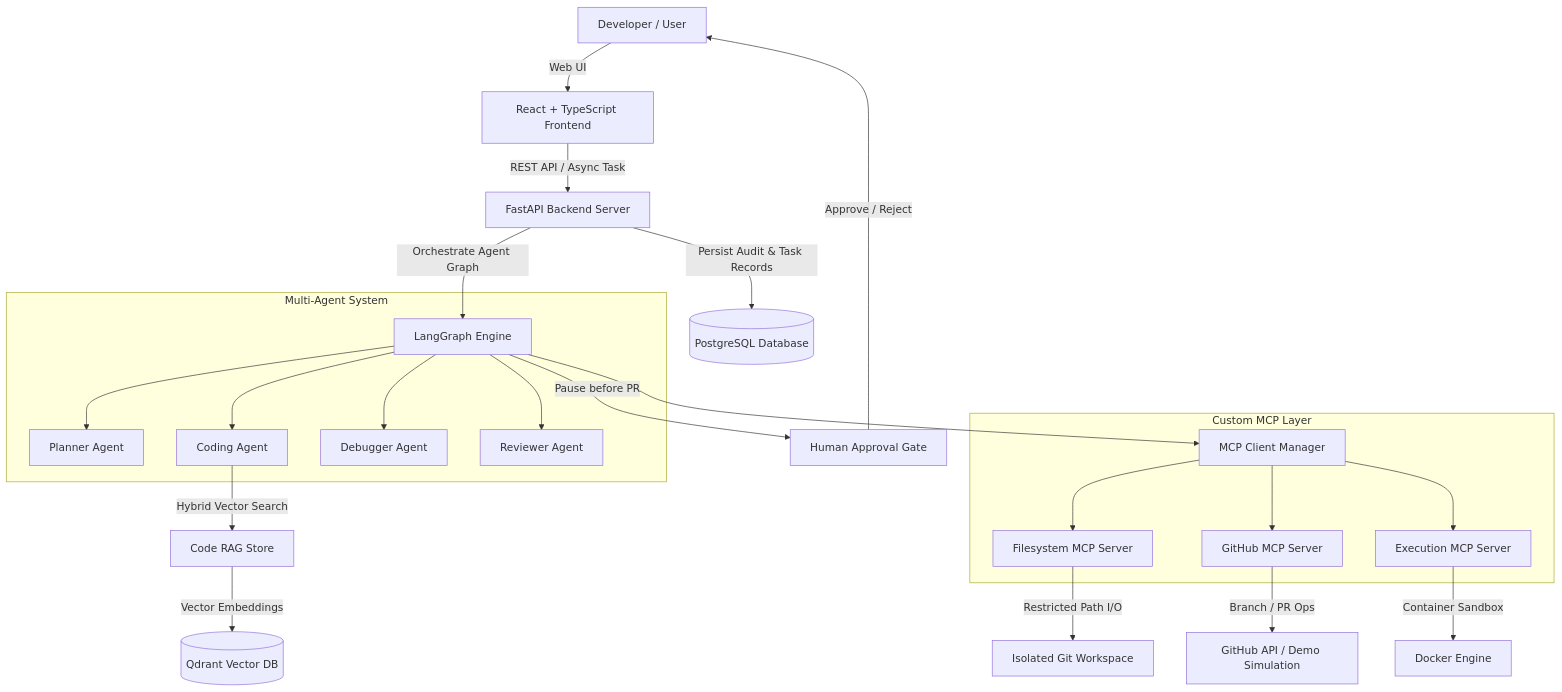
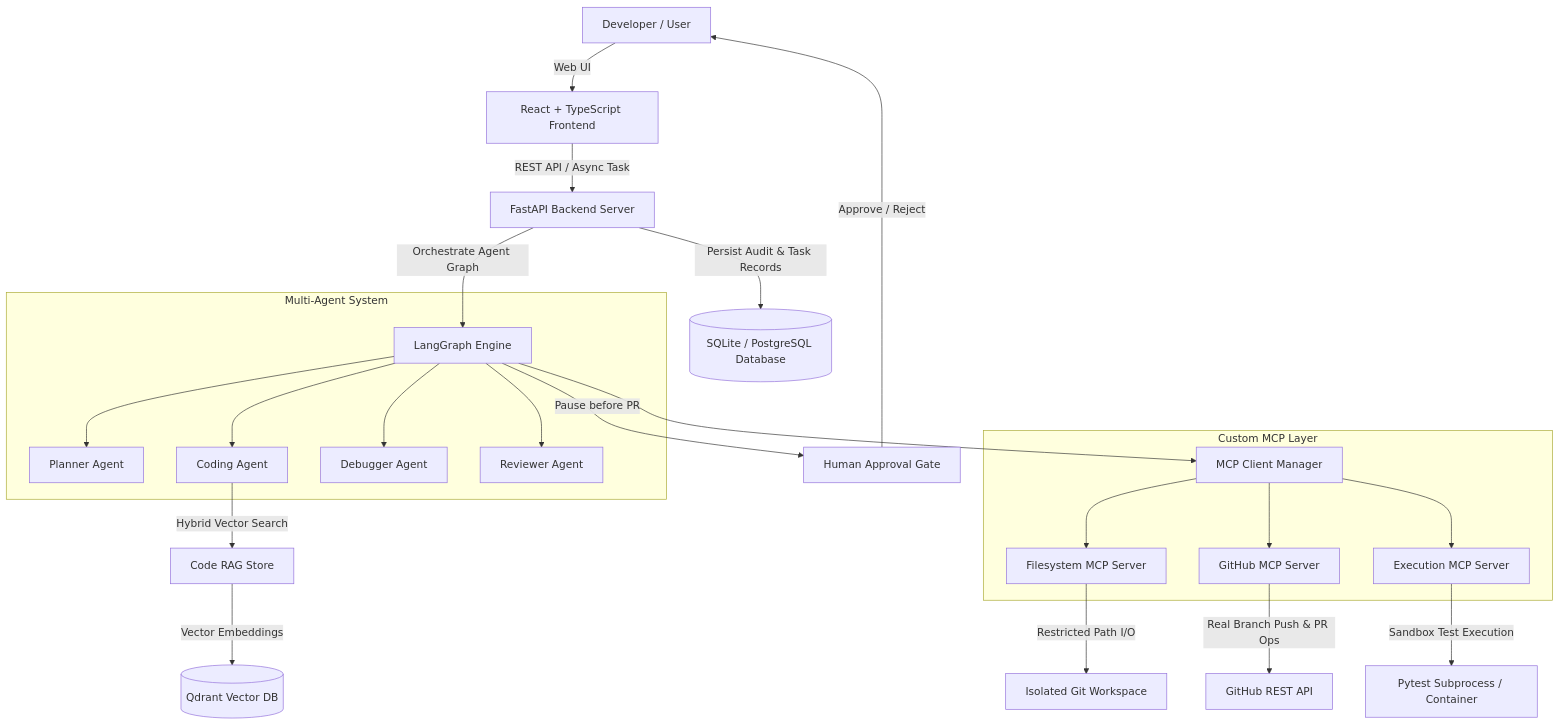
The diagram in README.md (MrMike24/CodePilot-MCP-Autonomous-AI-Software-Engineering-Agent), drawn with Mermaid before and after one commit. The commit also changed other lines of this file and 4 other files, not shown here.

Commit message:
Add dashboard, task history, MCP tools, and benchmark screenshots to README

````diff
--- a/README.md
+++ b/README.md
@@ -19,31 +24,31 @@
 ```mermaid
 graph TD
     User[Developer / User] -->|Web UI| FE[React + TypeScript Frontend]
     FE -->|REST API / Async Task| API[FastAPI Backend Server]
-    API -->|Persist Audit & Task Records| DB[(PostgreSQL Database)]
+    API -->|Persist Audit & Task Records| DB[(SQLite / PostgreSQL Database)]
     API -->|Orchestrate Agent Graph| LG[LangGraph Engine]
     
     subgraph Multi-Agent System
         LG --> Planner[Planner Agent]
         LG --> Coder[Coding Agent]
         LG --> Debugger[Debugger Agent]
         LG --> Reviewer[Reviewer Agent]
     end
     
     Coder -->|Hybrid Vector Search| RAG[Code RAG Store]
     RAG -->|Vector Embeddings| QD[(Qdrant Vector DB)]
     
     subgraph Custom MCP Layer
         LG --> MCP_Manager[MCP Client Manager]
         MCP_Manager --> FS_MCP[Filesystem MCP Server]
         MCP_Manager --> GH_MCP[GitHub MCP Server]
         MCP_Manager --> EXEC_MCP[Execution MCP Server]
     end
     
     FS_MCP -->|Restricted Path I/O| Workspace[Isolated Git Workspace]
-    GH_MCP -->|Branch / PR Ops| GitHub[GitHub API / Demo Simulation]
-    EXEC_MCP -->|Container Sandbox| Docker[Docker Engine]
+    GH_MCP -->|Real Branch Push & PR Ops| GitHub[GitHub REST API]
+    EXEC_MCP -->|Sandbox Test Execution| Runner[Pytest Subprocess / Container]
     
     LG -->|Pause before PR| Gate[Human Approval Gate]
     Gate -->|Approve / Reject| User
 ```
````
